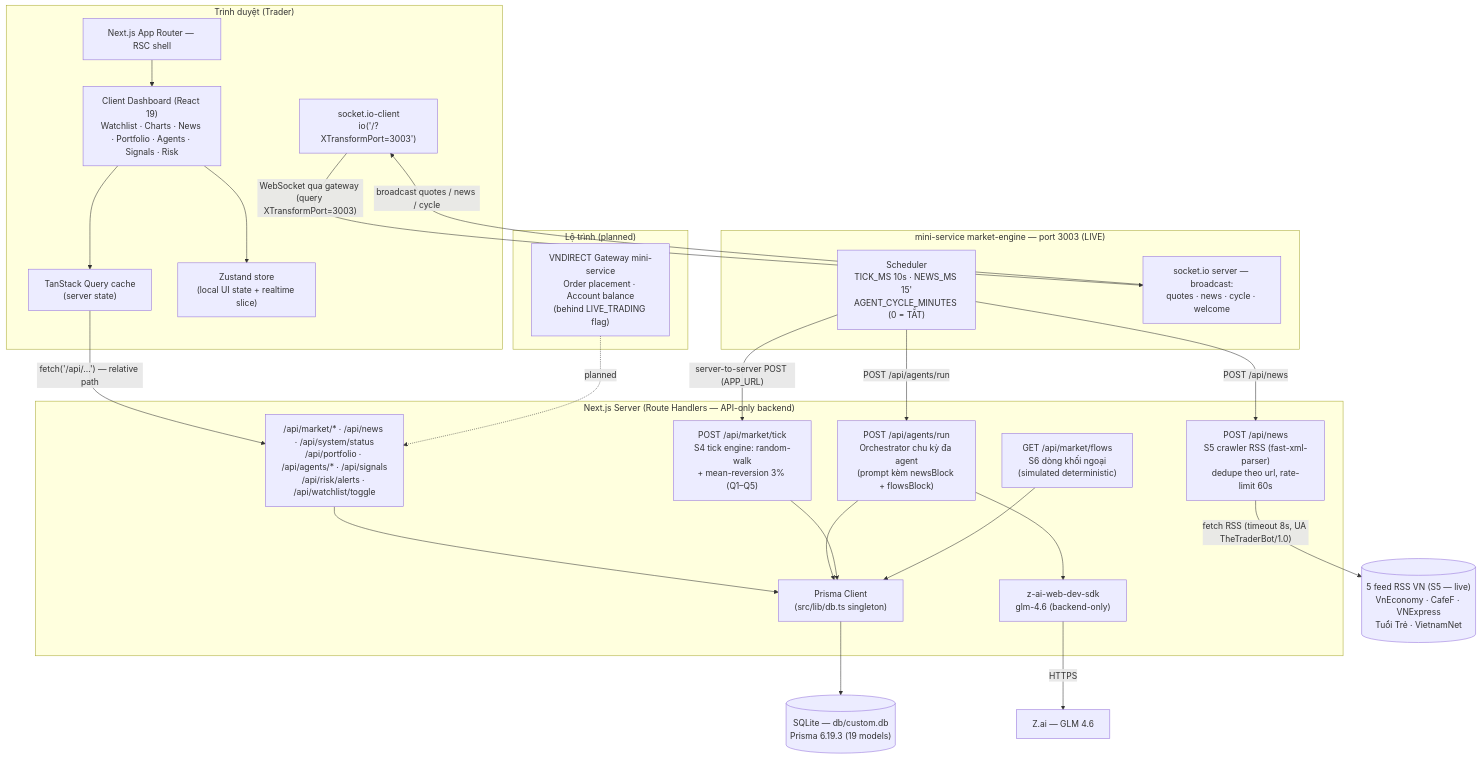
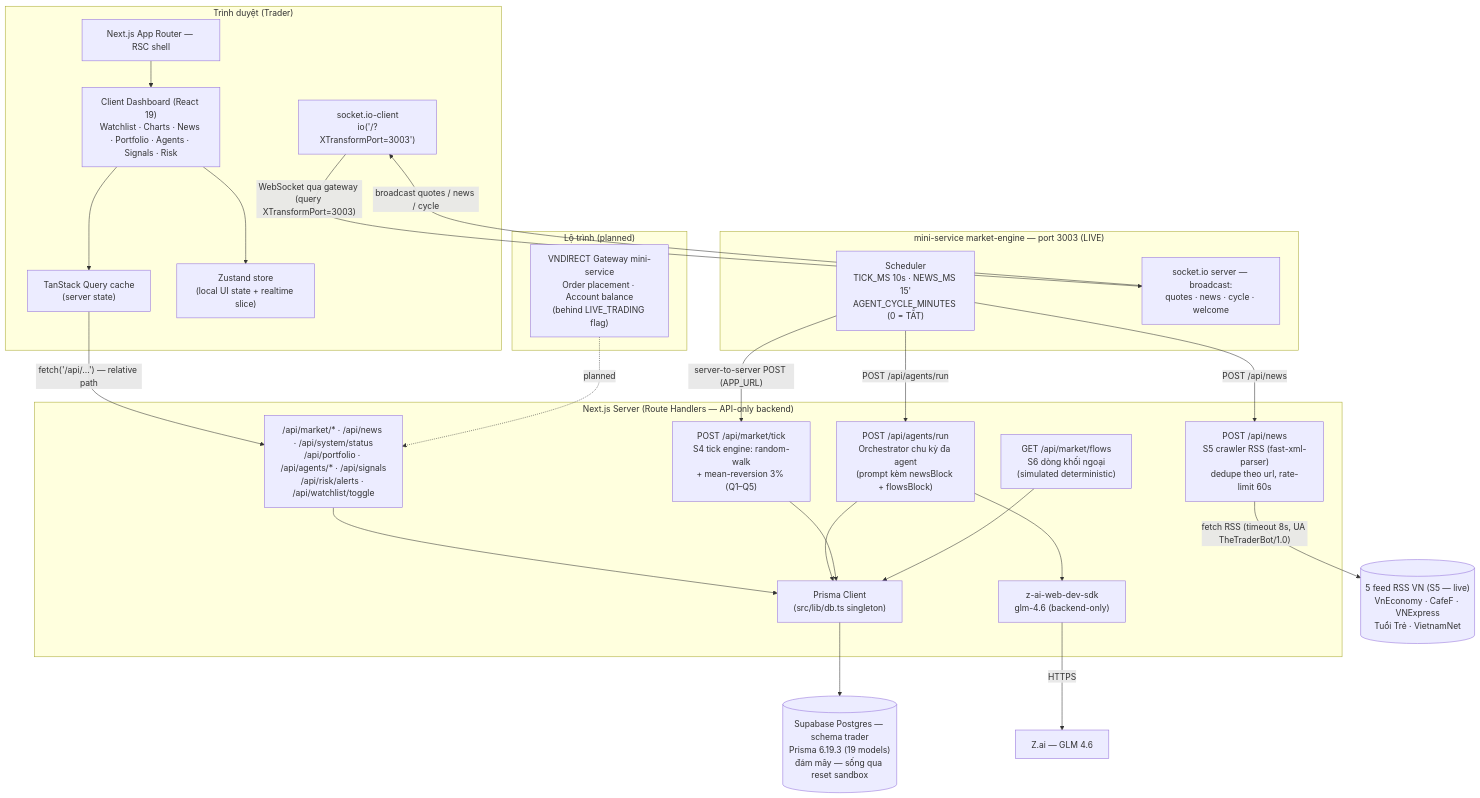
The first of 2 diagrams in docs/TECHNICAL_BLUEPRINT.md (nguyenquocviety2c-code/THE-TRADER), drawn with Mermaid before and after one commit. The commit also changed other lines of this file and 10 other files, not shown here.

Commit message:
feat(storage): Supabase Postgres làm kho dữ liệu chính — schema 'trader' (19 model) qua Prisma + tools/db-console.mjs + docs/README/.env.example đồng bộ — E2E verified (tick/9 route/news 50 tin/browser 0 lỗi)

````diff
--- a/docs/TECHNICAL_BLUEPRINT.md
+++ b/docs/TECHNICAL_BLUEPRINT.md
@@ -45,52 +45,52 @@
 ```mermaid
 flowchart TB
     subgraph Browser["Trình duyệt (Trader)"]
         RSC["Next.js App Router — RSC shell"]
         DASH["Client Dashboard (React 19)\nWatchlist · Charts · News · Portfolio · Agents · Signals · Risk"]
         TQ["TanStack Query cache\n(server state)"]
         ZU["Zustand store\n(local UI state + realtime slice)"]
         WS["socket.io-client\nio('/?XTransformPort=3003')"]
     end
 
     subgraph Server["Next.js Server (Route Handlers — API-only backend)"]
         API["/api/market/* · /api/news · /api/system/status\n/api/portfolio · /api/agents/* · /api/signals\n/api/risk/alerts · /api/watchlist/toggle"]
         RUN["POST /api/agents/run\nOrchestrator chu kỳ đa agent\n(prompt kèm newsBlock + flowsBlock)"]
         TICK["POST /api/market/tick\nS4 tick engine: random-walk\n+ mean-reversion 3% (Q1–Q5)"]
         NEWS["POST /api/news\nS5 crawler RSS (fast-xml-parser)\ndedupe theo url, rate-limit 60s"]
         FLOWS["GET /api/market/flows\nS6 dòng khối ngoại\n(simulated deterministic)"]
         SDK["z-ai-web-dev-sdk\nglm-4.6 (backend-only)"]
         PRISMA["Prisma Client\n(src/lib/db.ts singleton)"]
     end
 
     subgraph Engine["mini-service market-engine — port 3003 (LIVE)"]
         SCHED["Scheduler\nTICK_MS 10s · NEWS_MS 15'\nAGENT_CYCLE_MINUTES (0 = TẮT)"]
         IOSRV["socket.io server — broadcast:\nquotes · news · cycle · welcome"]
     end
 
     RSS[("5 feed RSS VN (S5 — live)\nVnEconomy · CafeF · VNExpress\nTuổi Trẻ · VietnamNet")]
 
-    DB[("SQLite — db/custom.db\nPrisma 6.19.3 (19 models)")]
+    DB[("Supabase Postgres — schema trader\nPrisma 6.19.3 (19 models)\nđám mây — sống qua reset sandbox")]
 
     subgraph Future["Lộ trình (planned)"]
         GW["VNDIRECT Gateway mini-service\nOrder placement · Account balance\n(behind LIVE_TRADING flag)"]
     end
 
     RSC --> DASH
     DASH --> TQ
     DASH --> ZU
     WS -- "WebSocket qua gateway (query XTransformPort=3003)" --> IOSRV
     TQ -- "fetch('/api/...') — relative path" --> API
     API --> PRISMA
     PRISMA --> DB
     SCHED -- "server-to-server POST (APP_URL)" --> TICK
     SCHED -- "POST /api/news" --> NEWS
     SCHED -- "POST /api/agents/run" --> RUN
     IOSRV -- "broadcast quotes / news / cycle" --> WS
     NEWS -- "fetch RSS (timeout 8s, UA TheTraderBot/1.0)" --> RSS
     RUN --> SDK
     SDK -- "HTTPS" --> LLM["Z.ai — GLM 4.6"]
     RUN --> PRISMA
     TICK --> PRISMA
     FLOWS --> PRISMA
     GW -. planned .-> API
 ```
````
